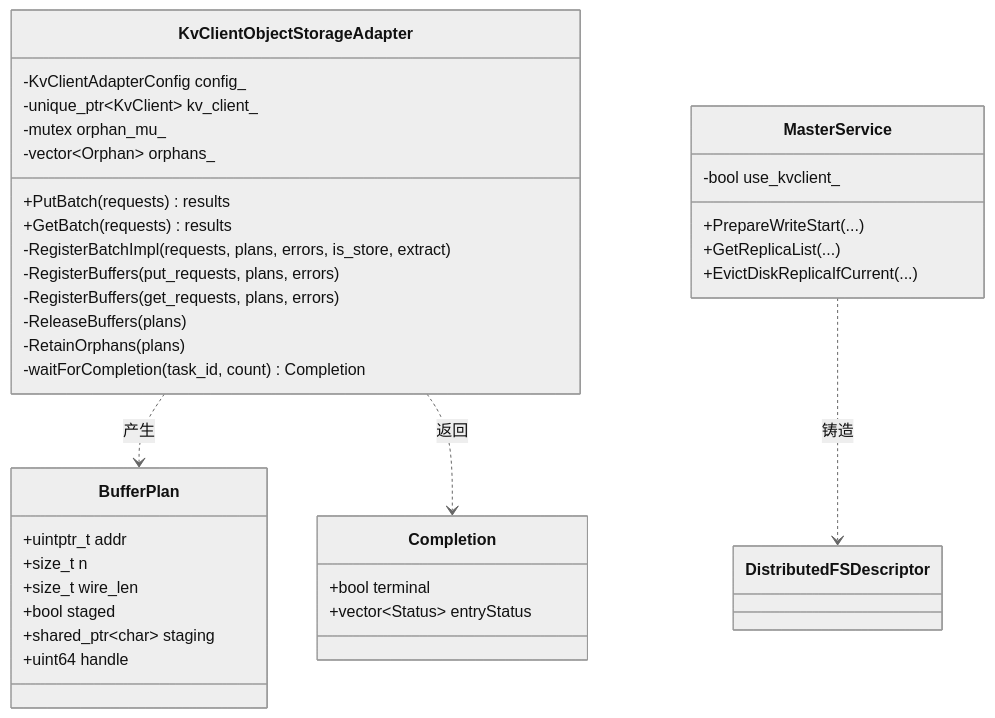
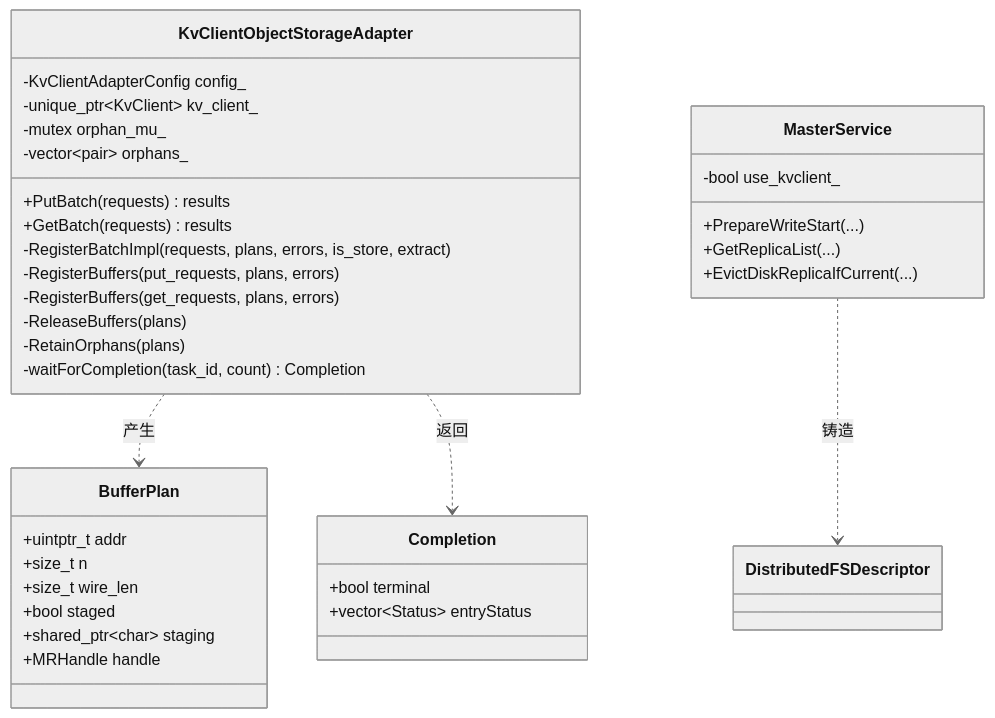
One commit to zwj20000328-dotcom/Mooncake-documents changed the fourth of 9 diagrams in Mooncake + KVClient L3 接入（Kvcs）- PR 实施设计.md. Above: the diagram before and after it, drawn with Mermaid (neutral theme). The commit also changed other lines of this file and 1 other file, not shown here.

````diff
--- a/Mooncake + KVClient L3 接入（Kvcs）- PR 实施设计.md
+++ b/Mooncake + KVClient L3 接入（Kvcs）- PR 实施设计.md
@@ -555,44 +572,44 @@
 ```mermaid
 classDiagram
     direction TB
 
     class BufferPlan {
         +uintptr_t addr
         +size_t n
         +size_t wire_len
         +bool staged
         +shared_ptr~char~ staging
-        +uint64 handle
+        +MRHandle handle
     }
 
     class Completion {
         +bool terminal
         +vector~Status~ entryStatus
     }
 
     class KvClientObjectStorageAdapter {
         -KvClientAdapterConfig config_
         -unique_ptr~KvClient~ kv_client_
         -mutex orphan_mu_
-        -vector~Orphan~ orphans_
+        -vector~pair~ orphans_
         +PutBatch(requests) results
         +GetBatch(requests) results
         -RegisterBatchImpl(requests, plans, errors, is_store, extract)
         -RegisterBuffers(put_requests, plans, errors)
         -RegisterBuffers(get_requests, plans, errors)
         -ReleaseBuffers(plans)
         -RetainOrphans(plans)
         -waitForCompletion(task_id, count) Completion
     }
 
     class MasterService {
         -bool use_kvclient_
         +PrepareWriteStart(...)
         +GetReplicaList(...)
         +EvictDiskReplicaIfCurrent(...)
     }
 
     KvClientObjectStorageAdapter ..> BufferPlan : 产生
     KvClientObjectStorageAdapter ..> Completion : 返回
     MasterService ..> DistributedFSDescriptor : 铸造
 ```
````
